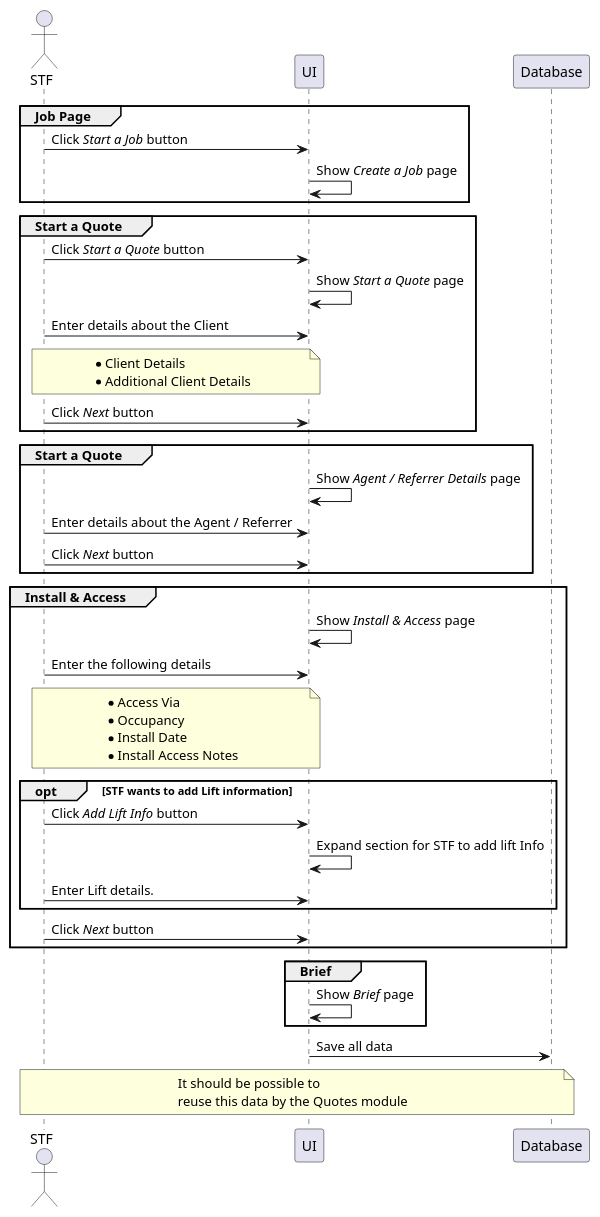
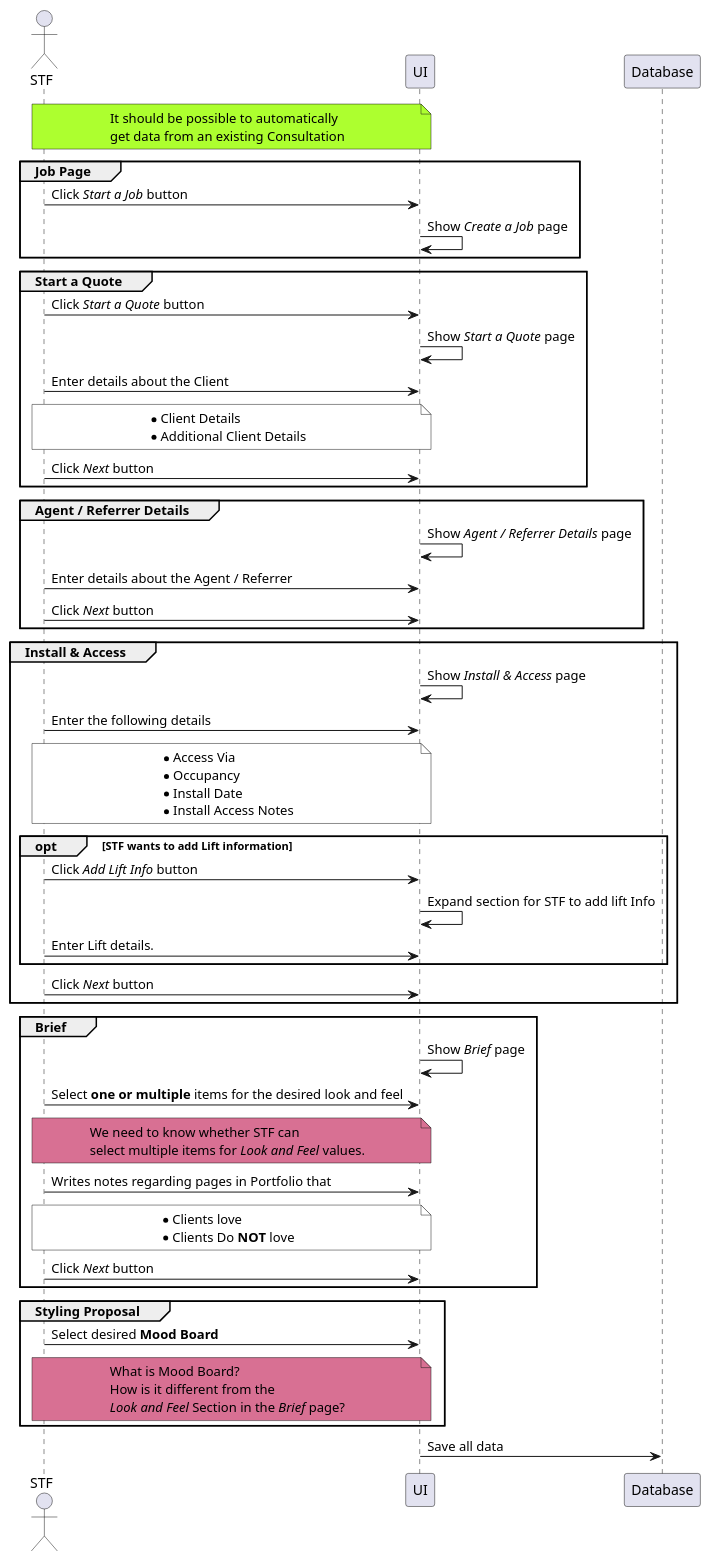
One commit to jpgacrama/NovariSpecs changed the diagram in STF/STF_CreateQuote_withoutConsultationFirst.pu. Above: the diagram before and after it, drawn with PlantUML.

Commit message:
First draft until Styling Proposal

```diff
--- a/STF/STF_CreateQuote_withoutConsultationFirst.pu
+++ b/STF/STF_CreateQuote_withoutConsultationFirst.pu
@@ -3,58 +3,83 @@
 @startuml
 
     actor "STF" as STF
+
+    note over STF, UI #GreenYellow
+        It should be possible to automatically
+        get data from an existing Consultation
+    end note
 
     group Job Page 
         STF  -> UI: Click //Start a Job// button
         UI -> UI: Show //Create a Job// page
     end group
     
     group Start a Quote 
         STF -> UI: Click //Start a Quote// button
         UI -> UI: Show //Start a Quote// page
         STF -> UI: Enter details about the Client
 
-        note over STF, UI
+        note over STF, UI #White
             * Client Details
             * Additional Client Details
         end note
 
         STF -> UI: Click //Next// button
     end group
 
-    group Start a Quote 
+    group Agent / Referrer Details 
         UI -> UI: Show //Agent / Referrer Details// page
         STF -> UI: Enter details about the Agent / Referrer
         STF -> UI: Click //Next// button
     end group
 
     group Install & Access
         UI -> UI: Show //Install & Access// page
         STF -> UI: Enter the following details
-        note over STF, UI
+        note over STF, UI #White
             * Access Via
             * Occupancy 
             * Install Date
             * Install Access Notes
         end note
 
         opt STF wants to add Lift information
             STF -> UI: Click //Add Lift Info// button 
             UI -> UI: Expand section for STF to add lift Info
             STF -> UI: Enter Lift details.
         end
 
         STF -> UI: Click //Next// button
     end group
 
     group Brief
         UI -> UI: Show //Brief// page
+        STF -> UI: Select **one or multiple** items for the desired look and feel
+
+        note over STF, UI #PaleVioletRed
+            We need to know whether STF can
+            select multiple items for //Look and Feel// values.
+        end note
+        
+        STF -> UI: Writes notes regarding pages in Portfolio that
+        note over STF, UI #White
+            * Clients love
+            * Clients Do **NOT** love
+        end note
+
+        STF -> UI: Click //Next// button
+    end group
+
+    group Styling Proposal
+        STF -> UI: Select desired **Mood Board**
+
+        note over STF, UI #PaleVioletRed
+            What is Mood Board?
+            How is it different from the
+            //Look and Feel// Section in the //Brief// page?
+        end note
     end group
     
     UI -> Database: Save all data
 
-    note over STF, Database 
-        It should be possible to
-        reuse this data by the Quotes module
-    end note
 @enduml
```
